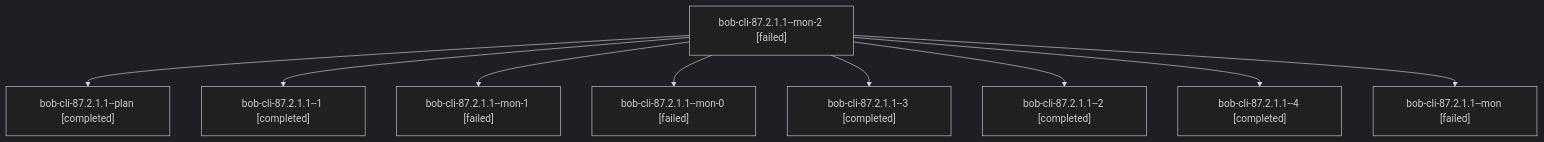
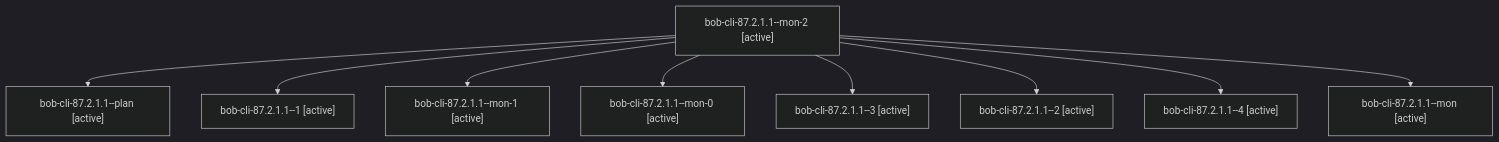
One commit to bobs-org/bob-cli--agents changed the diagram in sessions/bbugyi200.athena.bob-cli-87.2.1.1.md. Above: the diagram before and after it, drawn with Mermaid (dark theme). The commit also changed other lines of this file and 481 other files, not shown here.

````diff
--- a/sessions/bbugyi200.athena.bob-cli-87.2.1.1.md
+++ b/sessions/bbugyi200.athena.bob-cli-87.2.1.1.md
@@ -9,20 +9,20 @@
 ```mermaid
 flowchart TD
-  n0["bob-cli-87.2.1.1--mon-2 [failed]"]
-  n1["bob-cli-87.2.1.1--plan [completed]"]
+  n0["bob-cli-87.2.1.1--mon-2 [active]"]
+  n1["bob-cli-87.2.1.1--plan [active]"]
   n0 --> n1
-  n2["bob-cli-87.2.1.1--1 [completed]"]
+  n2["bob-cli-87.2.1.1--1 [active]"]
   n0 --> n2
-  n3["bob-cli-87.2.1.1--mon-1 [failed]"]
+  n3["bob-cli-87.2.1.1--mon-1 [active]"]
   n0 --> n3
-  n4["bob-cli-87.2.1.1--mon-0 [failed]"]
+  n4["bob-cli-87.2.1.1--mon-0 [active]"]
   n0 --> n4
-  n5["bob-cli-87.2.1.1--3 [completed]"]
+  n5["bob-cli-87.2.1.1--3 [active]"]
   n0 --> n5
-  n6["bob-cli-87.2.1.1--2 [completed]"]
+  n6["bob-cli-87.2.1.1--2 [active]"]
   n0 --> n6
-  n7["bob-cli-87.2.1.1--4 [completed]"]
+  n7["bob-cli-87.2.1.1--4 [active]"]
   n0 --> n7
-  n8["bob-cli-87.2.1.1--mon [failed]"]
+  n8["bob-cli-87.2.1.1--mon [active]"]
   n0 --> n8
 ```
````
